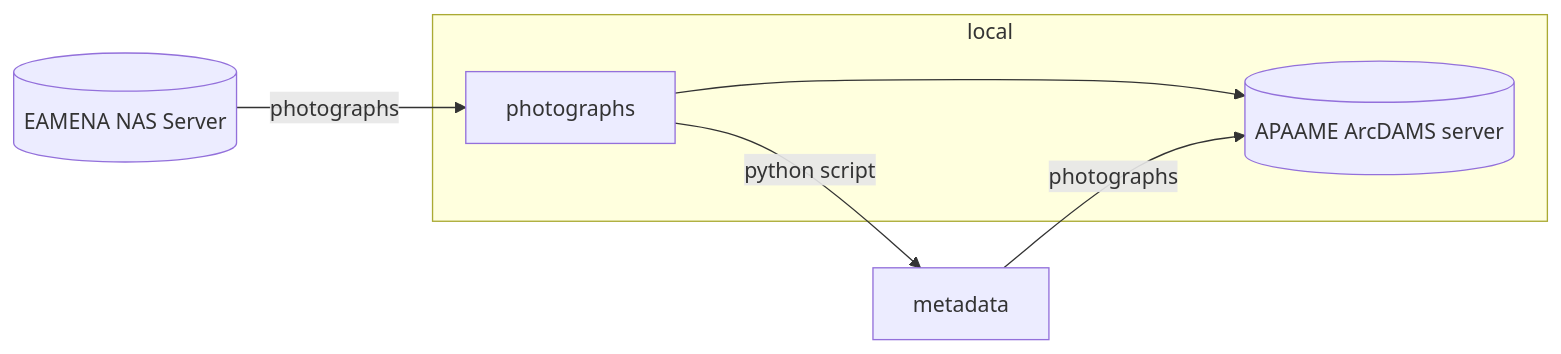
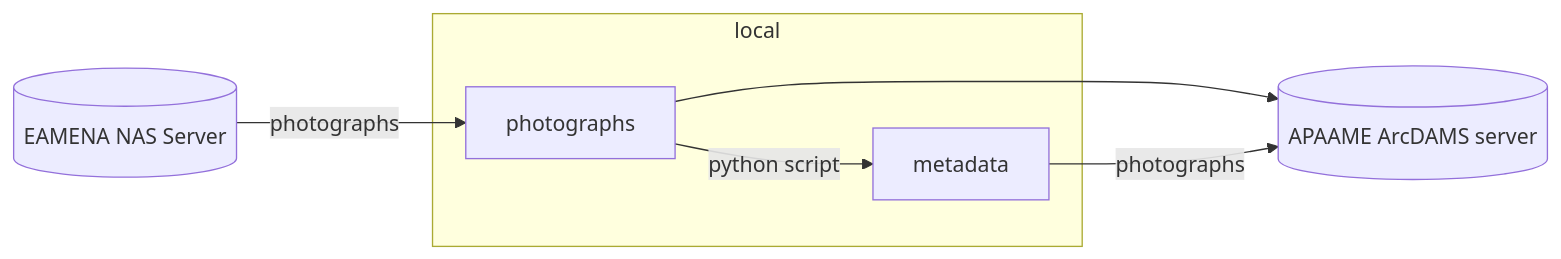
One commit to eamena-project/eamena-arches-dev changed the diagram in projects/apaame-photos/README.md. Above: the diagram before and after it, drawn with Mermaid. The commit also changed other lines of this file, not shown here.

````diff
--- a/projects/apaame-photos/README.md
+++ b/projects/apaame-photos/README.md
@@ -7,9 +7,9 @@
 ```mermaid
 flowchart LR
     A[(EAMENA NAS Server)] --photographs--> B[photographs];
     subgraph local
+    B --python script--> C[metadata];
+    end
     B --> D[(APAAME ArcDAMS server)];
-    end
-    B --python script--> C[metadata];
     C --photographs--> D[(APAAME ArcDAMS server)]; 
 ```
````
